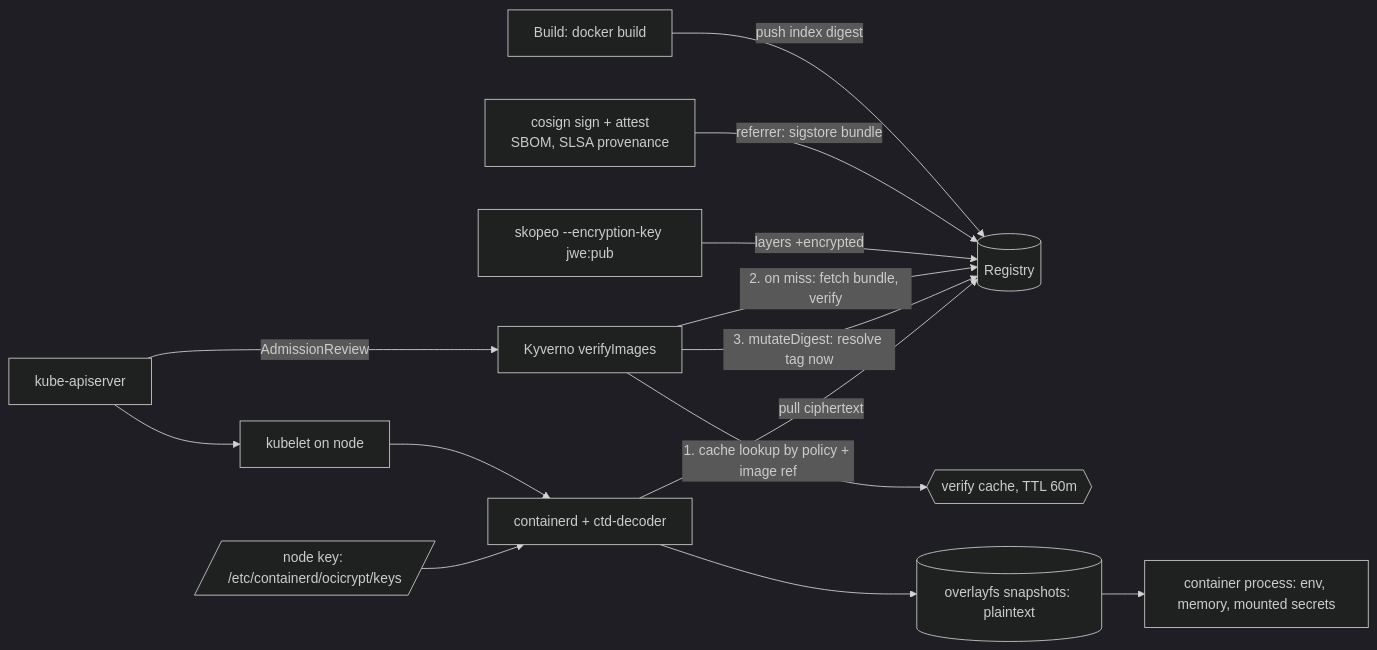
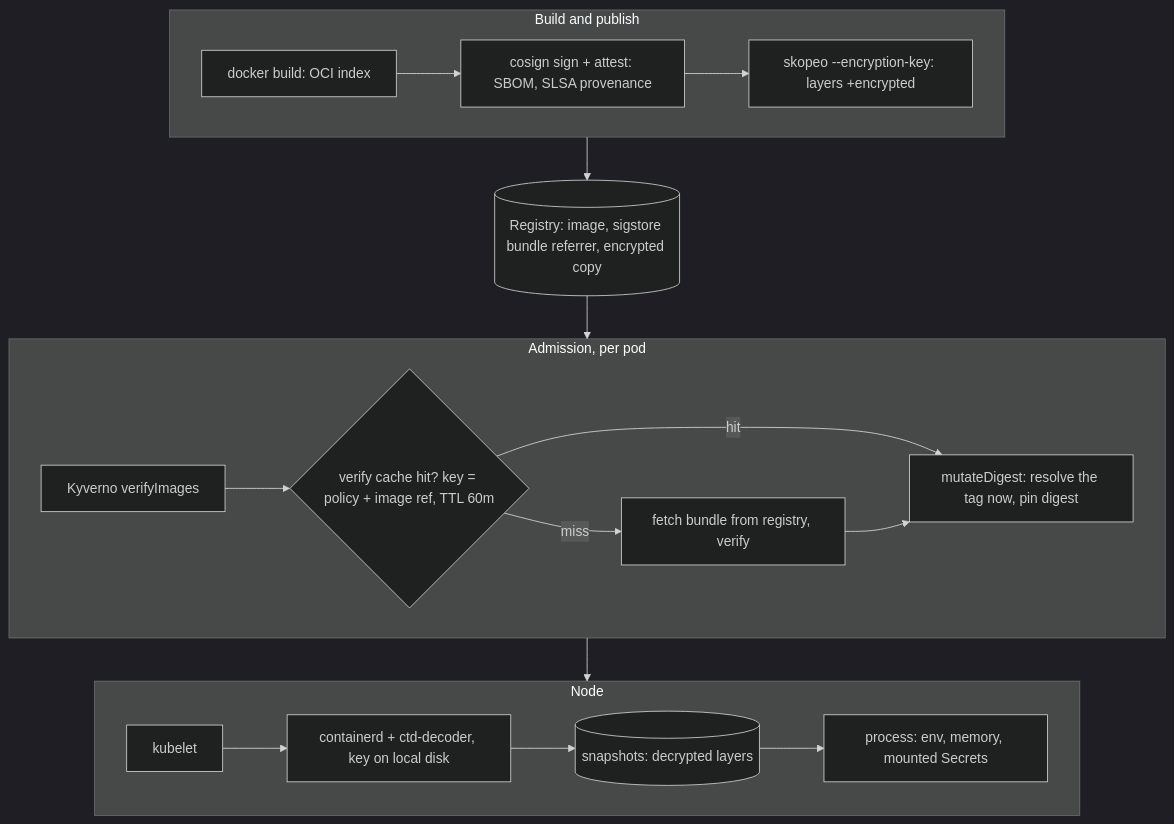
Before and after one commit to netf/blog: the diagram in src/content/blog/signed-encrypted-images-node-root.md, drawn with Mermaid (dark theme). The commit also changed other lines of this file and 1 other file, not shown here.

Commit message:
Mermaid: fix astro check typing; restructure mechanism diagram

````diff
--- a/src/content/blog/signed-encrypted-images-node-root.md
+++ b/src/content/blog/signed-encrypted-images-node-root.md
@@ -65,16 +65,21 @@
 ```mermaid
-flowchart LR
-  B[Build: docker build] -->|push index digest| REG[(Registry)]
-  S[cosign sign + attest<br/>SBOM, SLSA provenance] -->|referrer: sigstore bundle| REG
-  ENC[skopeo --encryption-key jwe:pub] -->|layers +encrypted| REG
-  API[kube-apiserver] -->|AdmissionReview| K[Kyverno verifyImages]
-  K -->|1. cache lookup by policy + image ref| C{{verify cache, TTL 60m}}
-  K -->|2. on miss: fetch bundle, verify| REG
-  K -->|3. mutateDigest: resolve tag now| REG
-  API --> KL[kubelet on node]
-  KL --> CT[containerd + ctd-decoder]
-  CT -->|pull ciphertext| REG
-  KEY[/node key: /etc/containerd/ocicrypt/keys/] --> CT
-  CT --> SNAP[(overlayfs snapshots: plaintext)]
-  SNAP --> P[container process: env, memory, mounted secrets]
+flowchart TB
+  subgraph build [Build and publish]
+    B[docker build: OCI index] --> S[cosign sign + attest: SBOM, SLSA provenance]
+    S --> ENC[skopeo --encryption-key: layers +encrypted]
+  end
+  build --> REG[(Registry: image, sigstore bundle referrer, encrypted copy)]
+  subgraph admit [Admission, per pod]
+    K[Kyverno verifyImages] --> C{verify cache hit? key = policy + image ref, TTL 60m}
+    C -- miss --> V[fetch bundle from registry, verify]
+    C -- hit --> M
+    V --> M[mutateDigest: resolve the tag now, pin digest]
+  end
+  REG --> admit
+  subgraph node [Node]
+    KL[kubelet] --> CT[containerd + ctd-decoder, key on local disk]
+    CT --> SNAP[(snapshots: decrypted layers)]
+    SNAP --> P[process: env, memory, mounted Secrets]
+  end
+  admit --> node
 ```
````
